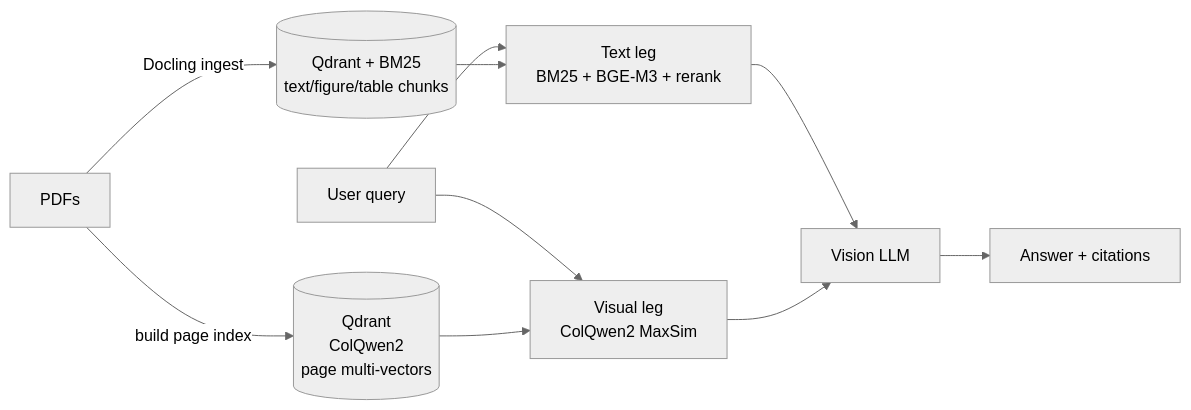
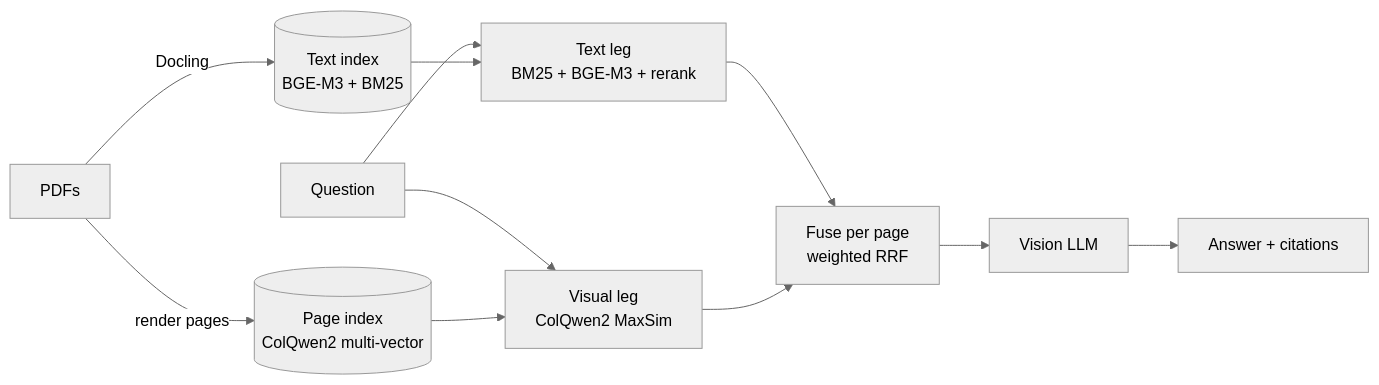
Before and after one commit to NorthernLightx/SpectraRAG: the diagram in README.md, drawn with Mermaid (neutral theme). The commit also changed other lines of this file, not shown here.

````diff
--- a/README.md
+++ b/README.md
@@ -76,12 +74,13 @@
 ```mermaid
 flowchart LR
-    PDF[PDFs] -->|Docling ingest| TXTIDX[(Qdrant + BM25<br/>text/figure/table chunks)]
-    PDF -->|build page index| VISIDX[(Qdrant<br/>ColQwen2<br/>page multi-vectors)]
-    Q[User query] --> TXT[Text leg<br/>BM25 + BGE-M3 + rerank]
+    PDF[PDFs] -->|Docling| TXTIDX[(Text index<br/>BGE-M3 + BM25)]
+    PDF -->|render pages| VISIDX[(Page index<br/>ColQwen2 multi-vector)]
+    Q[Question] --> TXT[Text leg<br/>BM25 + BGE-M3 + rerank]
     Q --> VIS[Visual leg<br/>ColQwen2 MaxSim]
     TXTIDX --> TXT
     VISIDX --> VIS
-    TXT --> LLM[Vision LLM]
-    VIS --> LLM
+    TXT --> FUSE[Fuse per page<br/>weighted RRF]
+    VIS --> FUSE
+    FUSE --> LLM[Vision LLM]
     LLM --> A[Answer + citations]
 ```
````
